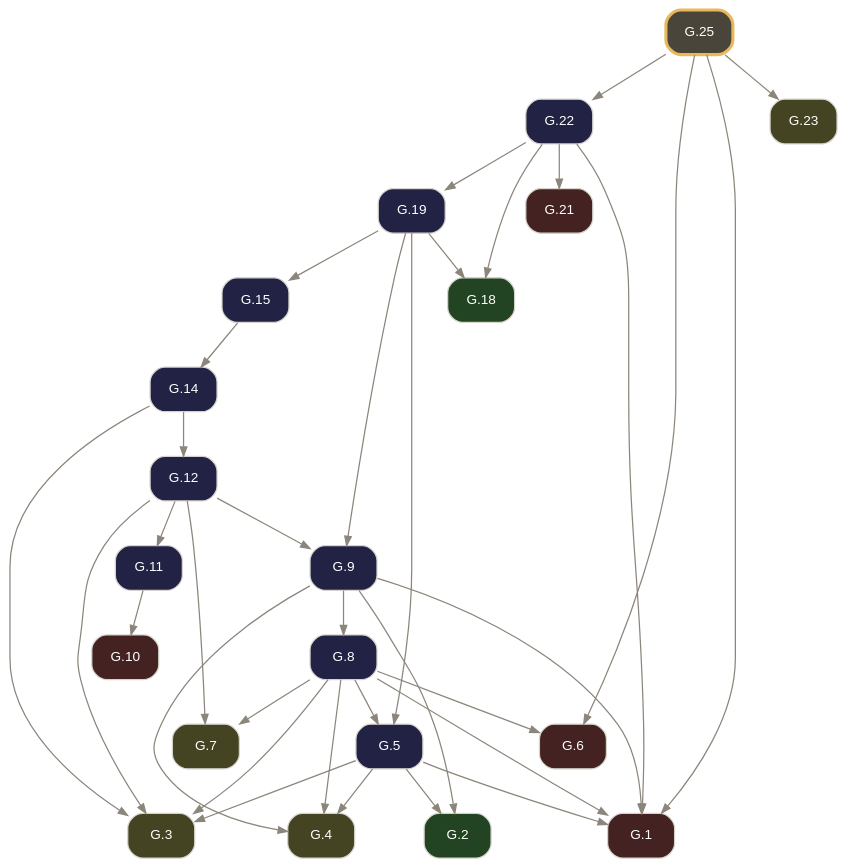
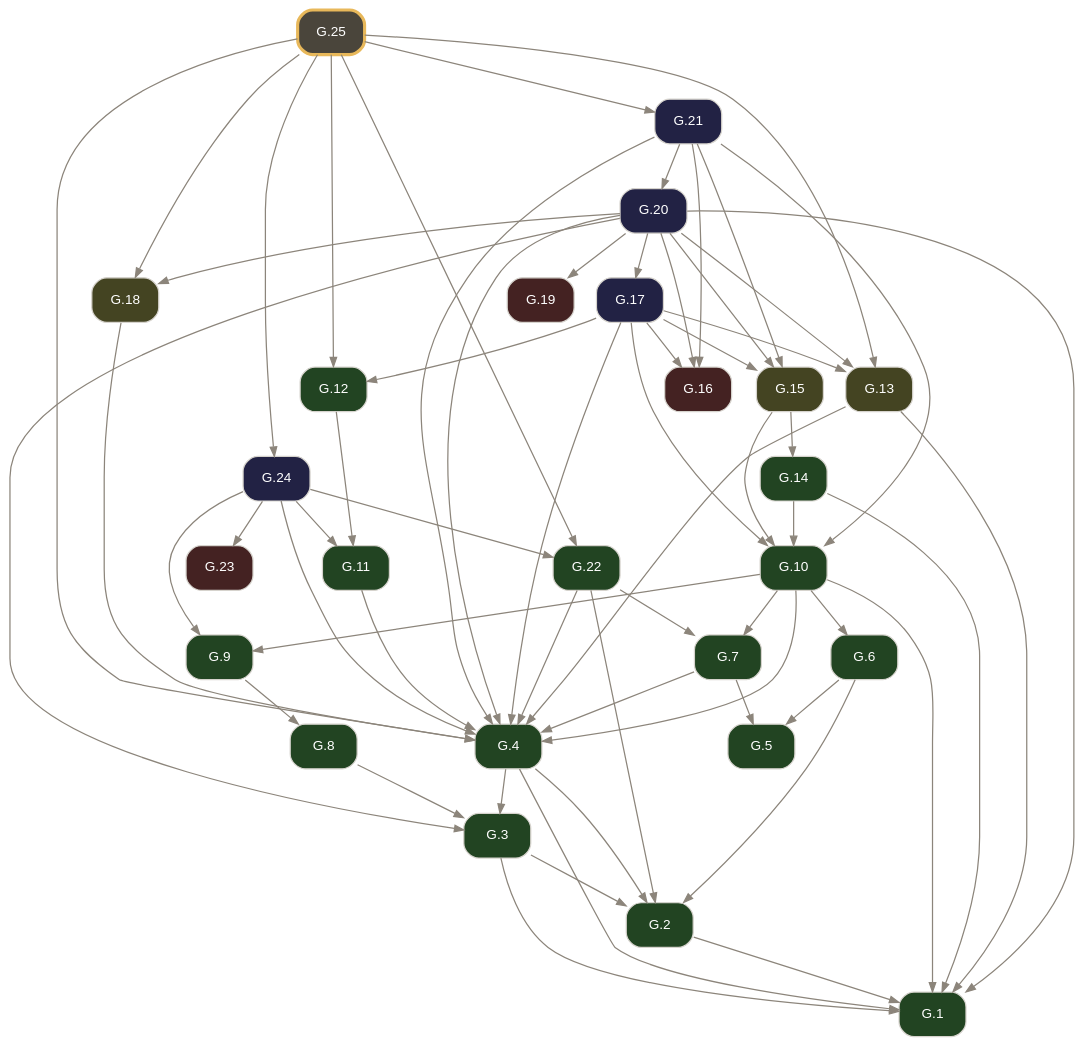
One commit to geometor/elements changed the diagram in docsrc/elements2/G.25/index.rst. Above: the diagram before and after it, drawn with Graphviz. The commit also changed other lines of this file and 2974 other files, not shown here.

Commit message:
feat(elements2): wire defined terms, short verb titles, coincidence operator, and 2-point circle notation (v0.4.0)

```diff
--- a/docsrc/elements2/G.25/index.rst
+++ b/docsrc/elements2/G.25/index.rst
@@ -78,58 +140,90 @@
      node [shape=box, style="rounded,filled", fontname="Helvetica", fontsize=11, color="#d6d3cd", fontcolor="#ffffff"];
      edge [color="#8c857b", fontcolor="#8c857b", arrowsize=0.75];
      rankdir="TB";
-     "G.1" [label="G.1", tooltip="G.1 (I.cn.1): Things equal to the same thing are equal to one another.", fillcolor="#442222", URL="../G.1/index.html", target="_top"];
-     "G.2" [label="G.2", tooltip="G.2 (I.def.15): A circle is a plane figure contained by one line such that all segments falling upon it from its center are equal.", fillcolor="#224422", URL="../G.2/index.html", target="_top"];
-     "G.3" [label="G.3", tooltip="G.3 (I.post.1): Construct a segment between any two points.", fillcolor="#444422", URL="../G.3/index.html", target="_top"];
-     "G.4" [label="G.4", tooltip="G.4 (I.post.3): Construct a circle with any center and radius.", fillcolor="#444422", URL="../G.4/index.html", target="_top"];
-     "G.5" [label="G.5", tooltip="G.5 (I.1): Construct an equilateral triangle on a given finite segment.", fillcolor="#222244", URL="../G.5/index.html", target="_top"];
-     "G.6" [label="G.6", tooltip="G.6 (I.cn.3): If equals are subtracted from equals, the remainders are equal.", fillcolor="#442222", URL="../G.6/index.html", target="_top"];
-     "G.7" [label="G.7", tooltip="G.7 (I.post.2): Extend a finite segment continuously in a straight line.", fillcolor="#444422", URL="../G.7/index.html", target="_top"];
-     "G.8" [label="G.8", tooltip="G.8 (I.2): Construct at a given point a segment equal to a given segment.", fillcolor="#222244", URL="../G.8/index.html", target="_top"];
-     "G.9" [label="G.9", tooltip="G.9 (I.3): Cut off from the greater of two unequal segments a segment equal to the less.", fillcolor="#222244", URL="../G.9/index.html", target="_top"];
-     "G.10" [label="G.10", tooltip="G.10 (I.cn.4): Things that coincide with one another are equal.", fillcolor="#442222", URL="../G.10/index.html", target="_top"];
-     "G.11" [label="G.11", tooltip="G.11 (I.4): Triangles with two sides and the included angle equal are congruent (SAS).", fillcolor="#222244", URL="../G.11/index.html", target="_top"];
-     "G.12" [label="G.12", tooltip="G.12 (I.5): In an isosceles triangle, the angles at the base are equal, and if the equal sides are extended, the angles under the base are equal.", fillcolor="#222244", URL="../G.12/index.html", target="_top"];
-     "G.14" [label="G.14", tooltip="G.14 (I.7): On the same segment and on the same side, there cannot be constructed two distinct triangles with both pairs of conterminous sides equal.", fillcolor="#222244", URL="../G.14/index.html", target="_top"];
-     "G.15" [label="G.15", tooltip="G.15 (I.8): Triangles with all three corresponding sides equal have their corresponding angles equal (SSS).", fillcolor="#222244", URL="../G.15/index.html", target="_top"];
-     "G.18" [label="G.18", tooltip="G.18 (I.def.10): When a straight line standing on a straight line makes the adjacent angles equal, each of the equal angles is a right angle, and the standing line is perpendicular to that on which...", fillcolor="#224422", URL="../G.18/index.html", target="_top"];
-     "G.19" [label="G.19", tooltip="G.19 (I.11): Construct a line at right angles to a given line from a given point on it.", fillcolor="#222244", URL="../G.19/index.html", target="_top"];
-     "G.21" [label="G.21", tooltip="G.21 (I.cn.2): If equals are added to equals, the wholes are equal.", fillcolor="#442222", URL="../G.21/index.html", target="_top"];
-     "G.22" [label="G.22", tooltip="G.22 (I.13): A ray standing on a line makes either two right angles or adjacent angles summing to two right angles.", fillcolor="#222244", URL="../G.22/index.html", target="_top"];
-     "G.23" [label="G.23", tooltip="G.23 (I.post.4): All right angles are equal.", fillcolor="#444422", URL="../G.23/index.html", target="_top"];
-     "G.25" [label="G.25", tooltip="G.25 (I.15): Intersecting lines make their vertical angles equal.", penwidth=2.5, color="#e8b85a", fillcolor="#4a453b", URL="index.html", target="_top"];
-     "G.5" -> "G.1";
-     "G.8" -> "G.1";
-     "G.9" -> "G.1";
-     "G.22" -> "G.1";
-     "G.25" -> "G.1";
-     "G.5" -> "G.2";
-     "G.9" -> "G.2";
-     "G.5" -> "G.3";
+     "G.1" [label="G.1", tooltip="G.1 (I.def.1): A point A is that which has no part.", fillcolor="#224422", URL="../G.1/index.html", target="_top"];
+     "G.2" [label="G.2", tooltip="G.2 (I.def.2): A line [ A B ] is a projection of a relationship of two points A, B.", fillcolor="#224422", URL="../G.2/index.html", target="_top"];
+     "G.3" [label="G.3", tooltip="G.3 (I.def.3): The extremities of a segment / A B / are points A, B.", fillcolor="#224422", URL="../G.3/index.html", target="_top"];
+     "G.4" [label="G.4", tooltip="G.4 (I.def.4): A segment / A B / is a portion of a line [ A B ] between two points A, B on the line.", fillcolor="#224422", URL="../G.4/index.html", target="_top"];
+     "G.5" [label="G.5", tooltip="G.5 (I.def.5): A surface is that which has length and breadth only.", fillcolor="#224422", URL="../G.5/index.html", target="_top"];
+     "G.6" [label="G.6", tooltip="G.6 (I.def.6): The extremities of a surface are lines or arcs.", fillcolor="#224422", URL="../G.6/index.html", target="_top"];
+     "G.7" [label="G.7", tooltip="G.7 (I.def.7): A plane surface lies evenly with the lines on itself.", fillcolor="#224422", URL="../G.7/index.html", target="_top"];
+     "G.8" [label="G.8", tooltip="G.8 (I.def.13): A boundary is the extremity of anything.", fillcolor="#224422", URL="../G.8/index.html", target="_top"];
+     "G.9" [label="G.9", tooltip="G.9 (I.def.14): A figure is that which is contained by any boundary or boundaries.", fillcolor="#224422", URL="../G.9/index.html", target="_top"];
+     "G.10" [label="G.10", tooltip="G.10 (I.def.15): A circle ( A B ) is a plane figure contained by one arc defined by a center A and a point B establishing its defining radius / A B /, such that all segments / A B /, / A C /, / A D...", fillcolor="#224422", URL="../G.10/index.html", target="_top"];
+     "G.11" [label="G.11", tooltip="G.11 (I.def.19): Rectilineal figures are contained by segments: trilateral by three, quadrilateral by four, and multilateral by more than four.", fillcolor="#224422", URL="../G.11/index.html", target="_top"];
+     "G.12" [label="G.12", tooltip="G.12 (I.def.20): Of trilateral figures, an equilateral triangle < A B C > has three equal sides, an isosceles triangle < D E F > has two equal sides, and a scalene triangle < G H K > has three uneq...", fillcolor="#224422", URL="../G.12/index.html", target="_top"];
+     "G.13" [label="G.13", tooltip="G.13 (I.post.1): Construct a segment / A B / between any two points A, B.", fillcolor="#444422", URL="../G.13/index.html", target="_top"];
+     "G.14" [label="G.14", tooltip="G.14 (I.def.16): The point A within the circle ( A B ) from which all segments / A B /, / A C / to the arc are equal is called the center of the circle.", fillcolor="#224422", URL="../G.14/index.html", target="_top"];
+     "G.15" [label="G.15", tooltip="G.15 (I.post.3): Construct a circle ( A B ) with center A and defining radius point B.", fillcolor="#444422", URL="../G.15/index.html", target="_top"];
+     "G.16" [label="G.16", tooltip="G.16 (I.cn.1): Things equal to the same thing are equal to one another.", fillcolor="#442222", URL="../G.16/index.html", target="_top"];
+     "G.17" [label="G.17", tooltip="G.17 (I.1): Construct an equilateral triangle on a given segment.", fillcolor="#222244", URL="../G.17/index.html", target="_top"];
+     "G.18" [label="G.18", tooltip="G.18 (I.post.2): Extend a segment / A B / continuously along a line [ A B ] to / B C /.", fillcolor="#444422", URL="../G.18/index.html", target="_top"];
+     "G.19" [label="G.19", tooltip="G.19 (I.cn.3): If equals are subtracted from equals, the remainders are equal.", fillcolor="#442222", URL="../G.19/index.html", target="_top"];
+     "G.20" [label="G.20", tooltip="G.20 (I.2): Construct at a given point a segment equal to a given segment.", fillcolor="#222244", URL="../G.20/index.html", target="_top"];
+     "G.21" [label="G.21", tooltip="G.21 (I.3): Cut off from the greater of two unequal segments a segment equal to the less.", fillcolor="#222244", URL="../G.21/index.html", target="_top"];
+     "G.22" [label="G.22", tooltip="G.22 (I.def.8): A plane angle is the inclination to one another of two lines or arcs in a plane that meet and do not lie on the same line.", fillcolor="#224422", URL="../G.22/index.html", target="_top"];
+     "G.23" [label="G.23", tooltip="G.23 (I.cn.4): Things / A B /, / D E / that coincide with one another are equal to one another.", fillcolor="#442222", URL="../G.23/index.html", target="_top"];
+     "G.24" [label="G.24", tooltip="G.24 (I.4): Triangles with two sides and the included angle equal are congruent (SAS).", fillcolor="#222244", URL="../G.24/index.html", target="_top"];
+     "G.25" [label="G.25", tooltip="G.25 (I.5): In an isosceles triangle, the angles at the base are equal, and if the equal sides are extended, the angles under the base are equal.", penwidth=2.5, color="#e8b85a", fillcolor="#4a453b", URL="index.html", target="_top"];
+     "G.2" -> "G.1";
+     "G.3" -> "G.1";
+     "G.4" -> "G.1";
+     "G.10" -> "G.1";
+     "G.13" -> "G.1";
+     "G.14" -> "G.1";
+     "G.20" -> "G.1";
+     "G.3" -> "G.2";
+     "G.4" -> "G.2";
+     "G.6" -> "G.2";
+     "G.22" -> "G.2";
+     "G.4" -> "G.3";
      "G.8" -> "G.3";
-     "G.12" -> "G.3";
-     "G.14" -> "G.3";
-     "G.5" -> "G.4";
-     "G.8" -> "G.4";
-     "G.9" -> "G.4";
-     "G.8" -> "G.5";
-     "G.19" -> "G.5";
-     "G.8" -> "G.6";
-     "G.25" -> "G.6";
-     "G.8" -> "G.7";
-     "G.12" -> "G.7";
+     "G.20" -> "G.3";
+     "G.7" -> "G.4";
+     "G.10" -> "G.4";
+     "G.11" -> "G.4";
+     "G.13" -> "G.4";
+     "G.17" -> "G.4";
+     "G.18" -> "G.4";
+     "G.20" -> "G.4";
+     "G.21" -> "G.4";
+     "G.22" -> "G.4";
+     "G.24" -> "G.4";
+     "G.25" -> "G.4";
+     "G.6" -> "G.5";
+     "G.7" -> "G.5";
+     "G.10" -> "G.6";
+     "G.10" -> "G.7";
+     "G.22" -> "G.7";
      "G.9" -> "G.8";
-     "G.12" -> "G.9";
-     "G.19" -> "G.9";
-     "G.11" -> "G.10";
+     "G.10" -> "G.9";
+     "G.24" -> "G.9";
+     "G.14" -> "G.10";
+     "G.15" -> "G.10";
+     "G.17" -> "G.10";
+     "G.21" -> "G.10";
      "G.12" -> "G.11";
-     "G.14" -> "G.12";
+     "G.24" -> "G.11";
+     "G.17" -> "G.12";
+     "G.25" -> "G.12";
+     "G.17" -> "G.13";
+     "G.20" -> "G.13";
+     "G.25" -> "G.13";
      "G.15" -> "G.14";
-     "G.19" -> "G.15";
-     "G.19" -> "G.18";
-     "G.22" -> "G.18";
-     "G.22" -> "G.19";
-     "G.22" -> "G.21";
+     "G.17" -> "G.15";
+     "G.20" -> "G.15";
+     "G.21" -> "G.15";
+     "G.17" -> "G.16";
+     "G.20" -> "G.16";
+     "G.21" -> "G.16";
+     "G.20" -> "G.17";
+     "G.20" -> "G.18";
+     "G.25" -> "G.18";
+     "G.20" -> "G.19";
+     "G.21" -> "G.20";
+     "G.25" -> "G.21";
+     "G.24" -> "G.22";
      "G.25" -> "G.22";
-     "G.25" -> "G.23";
+     "G.24" -> "G.23";
+     "G.25" -> "G.24";
    }
```
